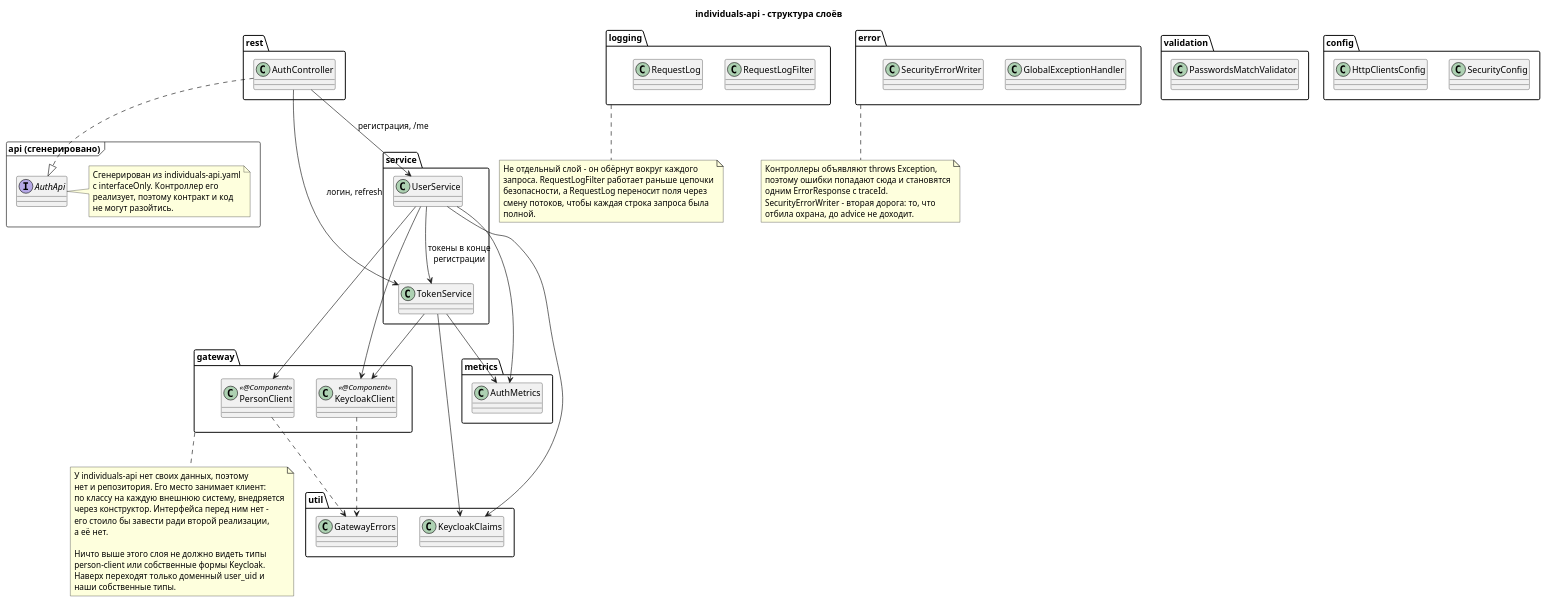
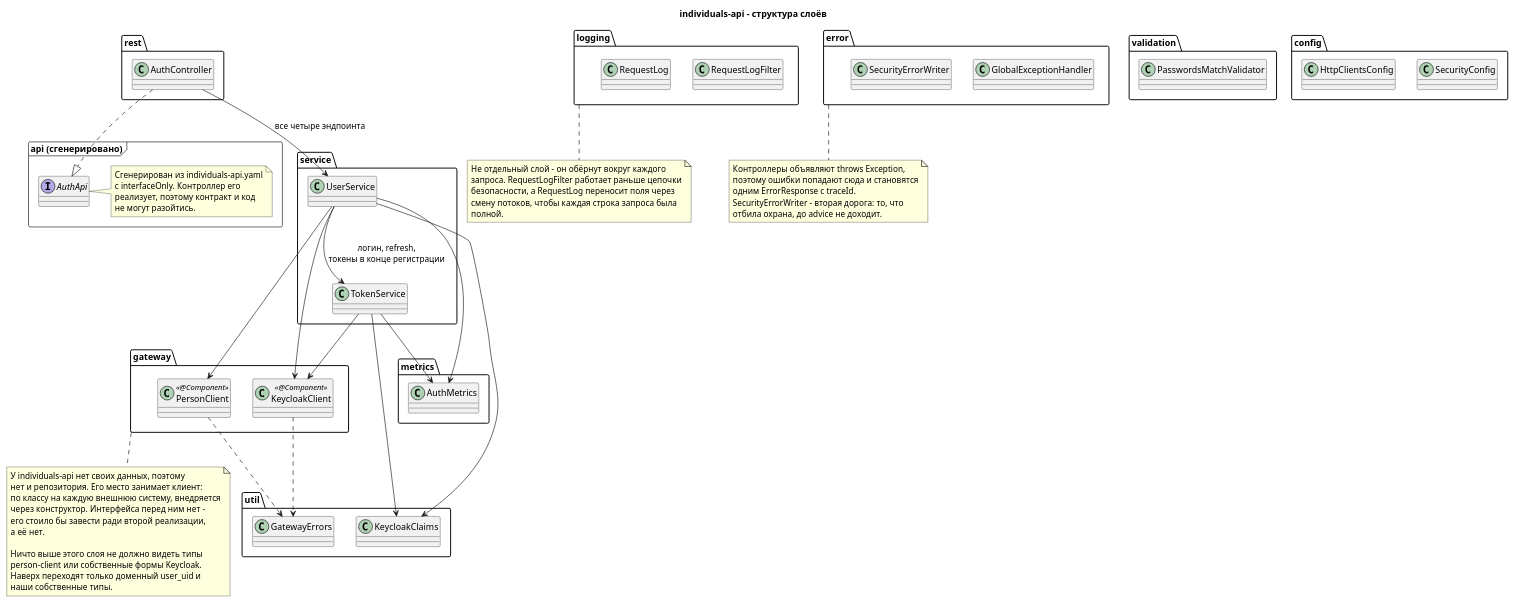
Before and after one commit to dezxxx/payment-platform: the diagram in docs/puml-ru/layers.puml, drawn with PlantUML. The commit also changed 6 other files, not shown here.

Commit message:
refactor: route login and refresh through UserService, as on the component diagram

```diff
--- a/docs/puml-ru/layers.puml
+++ b/docs/puml-ru/layers.puml
@@ -1,106 +1,105 @@
 @startuml layers
 title individuals-api - структура слоёв
 
 skinparam shadowing false
 skinparam classAttributeIconSize 0
 
 package "api (сгенерировано)" <<Frame>> {
   interface AuthApi
   note right of AuthApi
     Сгенерирован из individuals-api.yaml
     с interfaceOnly. Контроллер его
     реализует, поэтому контракт и код
     не могут разойтись.
   end note
 }
 
 package rest {
   class AuthController
 }
 
 package service {
   class UserService
   class TokenService
 }
 
 package gateway {
   class PersonClient <<@Component>>
   class KeycloakClient <<@Component>>
 }
 
 package validation {
   class PasswordsMatchValidator
 }
 
 package error {
   class GlobalExceptionHandler
   class SecurityErrorWriter
 }
 
 package logging {
   class RequestLogFilter
   class RequestLog
 }
 
 package config {
   class SecurityConfig
   class HttpClientsConfig
 }
 
 package util {
   class KeycloakClaims
   class GatewayErrors
 }
 
 package metrics {
   class AuthMetrics
 }
 
 AuthController ..|> AuthApi
-AuthController --> UserService : регистрация, /me
-AuthController --> TokenService : логин, refresh
+AuthController --> UserService : все четыре эндпоинта
 
 UserService --> PersonClient
 UserService --> KeycloakClient
-UserService --> TokenService : токены в конце\nрегистрации
+UserService --> TokenService : логин, refresh,\nтокены в конце регистрации
 TokenService --> KeycloakClient
 
 UserService --> AuthMetrics
 TokenService --> AuthMetrics
 UserService --> KeycloakClaims
 TokenService --> KeycloakClaims
 
 PersonClient ..> GatewayErrors
 KeycloakClient ..> GatewayErrors
 
 note bottom of gateway
   У individuals-api нет своих данных, поэтому
   нет и репозитория. Его место занимает клиент:
   по классу на каждую внешнюю систему, внедряется
   через конструктор. Интерфейса перед ним нет -
   его стоило бы завести ради второй реализации,
   а её нет.
 
   Ничто выше этого слоя не должно видеть типы
   person-client или собственные формы Keycloak.
   Наверх переходят только доменный user_uid и
   наши собственные типы.
 end note
 
 note bottom of logging
   Не отдельный слой - он обёрнут вокруг каждого
   запроса. RequestLogFilter работает раньше цепочки
   безопасности, а RequestLog переносит поля через
   смену потоков, чтобы каждая строка запроса была
   полной.
 end note
 
 note bottom of error
   Контроллеры объявляют throws Exception,
   поэтому ошибки попадают сюда и становятся
   одним ErrorResponse с traceId.
   SecurityErrorWriter - вторая дорога: то, что
   отбила охрана, до advice не доходит.
 end note
 
 @enduml
```
